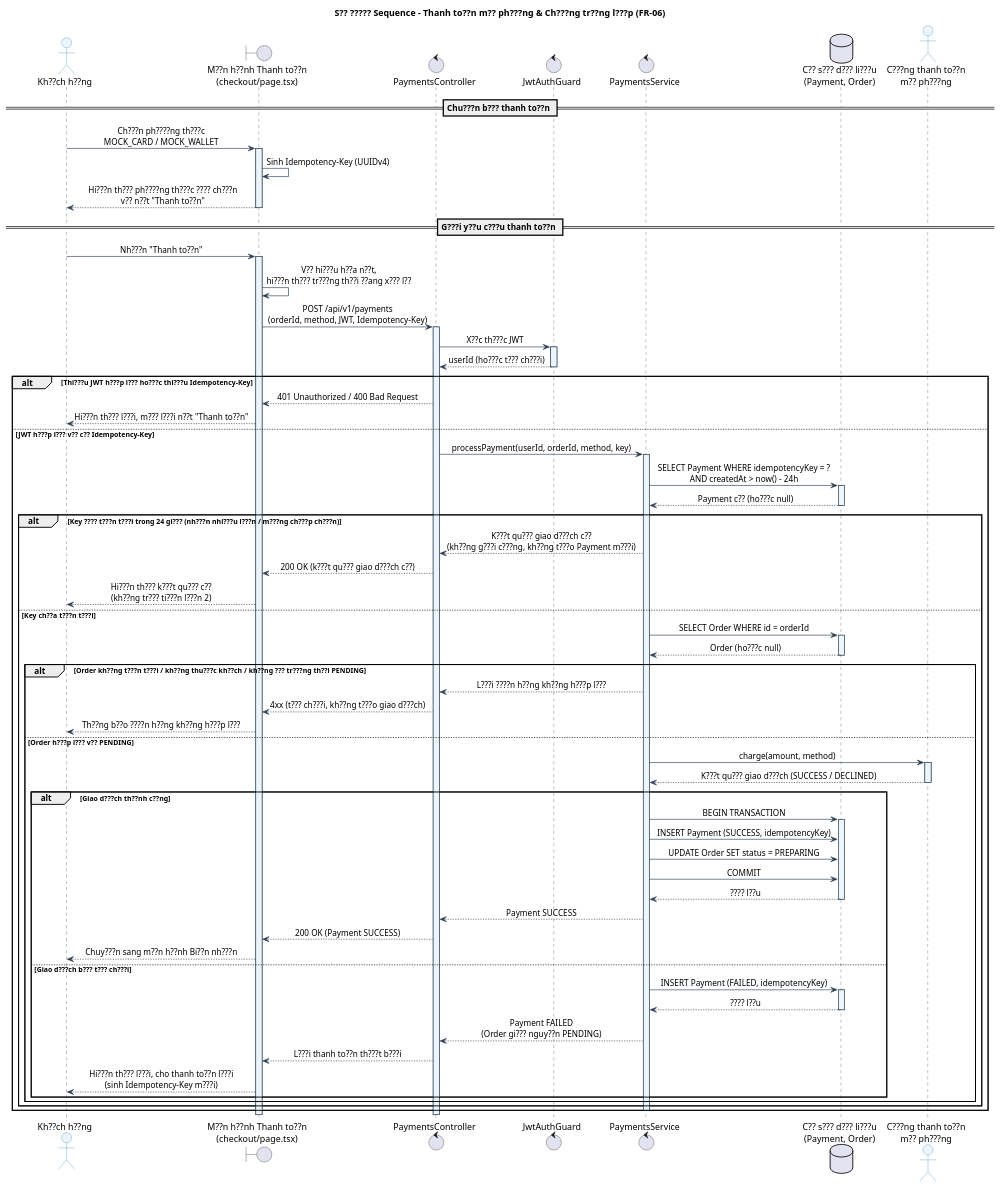
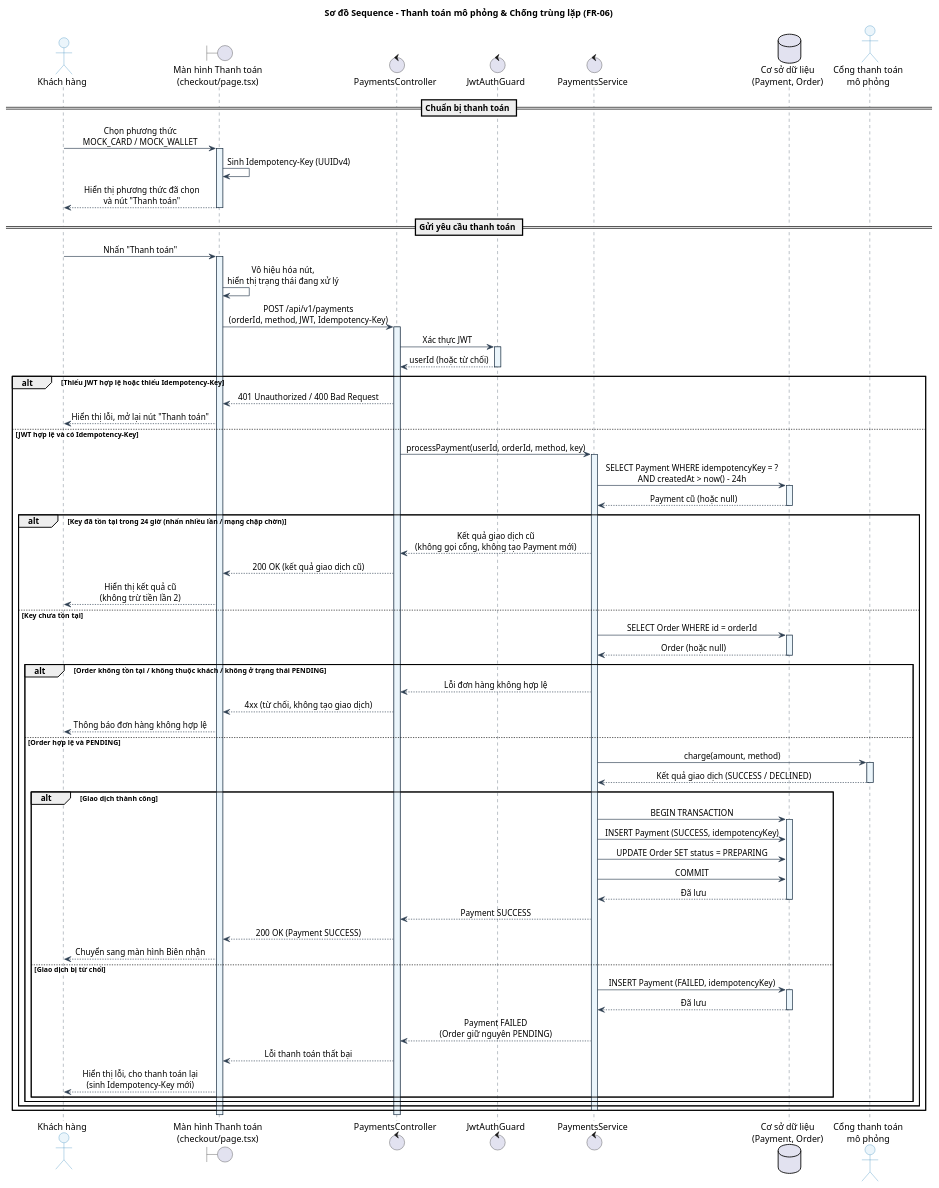
Before and after one commit to Phuc280106/BrewLite2: the diagram in docs/diagrams/payment/sequence-payment.puml, drawn with PlantUML. The commit also changed 5 other files, not shown here.

Commit message:
fix(diagrams): fix lỗi sơ đồ activity và sequence cho chức năng thanh toán

```diff
--- a/docs/diagrams/payment/sequence-payment.puml
+++ b/docs/diagrams/payment/sequence-payment.puml
@@ -1,107 +1,107 @@
 @startuml
-title S?? ????? Sequence - Thanh to??n m?? ph???ng & Ch???ng tr??ng l???p (FR-06)
+title Sơ đồ Sequence - Thanh toán mô phỏng & Chống trùng lặp (FR-06)
 
 skinparam backgroundColor white
 skinparam sequence {
     ArrowColor #2C3E50
     LifeLineBorderColor #2C3E50
     LifeLineBorderThickness 1.5
     LifeLineBackgroundColor #EBF5FB
     ParticipantBorderColor #2980B9
     ParticipantBackgroundColor #EBF5FB
     ParticipantFontColor #1B4F72
     ActorBorderColor #2980B9
     ActorBackgroundColor #EBF5FB
     BoxBorderColor #2C3E50
     BoxBackgroundColor #FFFFFF
     MessageAlign center
     ResponseMessageBelowArrow true
 }
 
-actor "Kh??ch h??ng" as User
-boundary "M??n h??nh Thanh to??n\n(checkout/page.tsx)" as CheckoutUI
+actor "Khách hàng" as User
+boundary "Màn hình Thanh toán\n(checkout/page.tsx)" as CheckoutUI
 control "PaymentsController" as Controller
 control "JwtAuthGuard" as Guard
 control "PaymentsService" as Service
-database "C?? s??? d??? li???u\n(Payment, Order)" as DB
-actor "C???ng thanh to??n\nm?? ph???ng" as Gateway
+database "Cơ sở dữ liệu\n(Payment, Order)" as DB
+actor "Cổng thanh toán\nmô phỏng" as Gateway
 
-== Chu???n b??? thanh to??n ==
-User -> CheckoutUI : Ch???n ph????ng th???c\nMOCK_CARD / MOCK_WALLET
+== Chuẩn bị thanh toán ==
+User -> CheckoutUI : Chọn phương thức\nMOCK_CARD / MOCK_WALLET
 activate CheckoutUI
 CheckoutUI -> CheckoutUI : Sinh Idempotency-Key (UUIDv4)
-CheckoutUI --> User : Hi???n th??? ph????ng th???c ???? ch???n\nv?? n??t "Thanh to??n"
+CheckoutUI --> User : Hiển thị phương thức đã chọn\nvà nút "Thanh toán"
 deactivate CheckoutUI
 
-== G???i y??u c???u thanh to??n ==
-User -> CheckoutUI : Nh???n "Thanh to??n"
+== Gửi yêu cầu thanh toán ==
+User -> CheckoutUI : Nhấn "Thanh toán"
 activate CheckoutUI
-CheckoutUI -> CheckoutUI : V?? hi???u h??a n??t,\nhi???n th??? tr???ng th??i ??ang x??? l??
+CheckoutUI -> CheckoutUI : Vô hiệu hóa nút,\nhiển thị trạng thái đang xử lý
 CheckoutUI -> Controller : POST /api/v1/payments\n(orderId, method, JWT, Idempotency-Key)
 activate Controller
 
-Controller -> Guard : X??c th???c JWT
+Controller -> Guard : Xác thực JWT
 activate Guard
-Guard --> Controller : userId (ho???c t??? ch???i)
+Guard --> Controller : userId (hoặc từ chối)
 deactivate Guard
 
-alt Thi???u JWT h???p l??? ho???c thi???u Idempotency-Key
+alt Thiếu JWT hợp lệ hoặc thiếu Idempotency-Key
     Controller --> CheckoutUI : 401 Unauthorized / 400 Bad Request
-    CheckoutUI --> User : Hi???n th??? l???i, m??? l???i n??t "Thanh to??n"
-else JWT h???p l??? v?? c?? Idempotency-Key
+    CheckoutUI --> User : Hiển thị lỗi, mở lại nút "Thanh toán"
+else JWT hợp lệ và có Idempotency-Key
     Controller -> Service : processPayment(userId, orderId, method, key)
     activate Service
 
     Service -> DB : SELECT Payment WHERE idempotencyKey = ?\nAND createdAt > now() - 24h
     activate DB
-    DB --> Service : Payment c?? (ho???c null)
+    DB --> Service : Payment cũ (hoặc null)
     deactivate DB
 
-    alt Key ???? t???n t???i trong 24 gi??? (nh???n nhi???u l???n / m???ng ch???p ch???n)
-        Service --> Controller : K???t qu??? giao d???ch c??\n(kh??ng g???i c???ng, kh??ng t???o Payment m???i)
-        Controller --> CheckoutUI : 200 OK (k???t qu??? giao d???ch c??)
-        CheckoutUI --> User : Hi???n th??? k???t qu??? c??\n(kh??ng tr??? ti???n l???n 2)
-    else Key ch??a t???n t???i
+    alt Key đã tồn tại trong 24 giờ (nhấn nhiều lần / mạng chập chờn)
+        Service --> Controller : Kết quả giao dịch cũ\n(không gọi cổng, không tạo Payment mới)
+        Controller --> CheckoutUI : 200 OK (kết quả giao dịch cũ)
+        CheckoutUI --> User : Hiển thị kết quả cũ\n(không trừ tiền lần 2)
+    else Key chưa tồn tại
         Service -> DB : SELECT Order WHERE id = orderId
         activate DB
-        DB --> Service : Order (ho???c null)
+        DB --> Service : Order (hoặc null)
         deactivate DB
 
-        alt Order kh??ng t???n t???i / kh??ng thu???c kh??ch / kh??ng ??? tr???ng th??i PENDING
-            Service --> Controller : L???i ????n h??ng kh??ng h???p l???
-            Controller --> CheckoutUI : 4xx (t??? ch???i, kh??ng t???o giao d???ch)
-            CheckoutUI --> User : Th??ng b??o ????n h??ng kh??ng h???p l???
-        else Order h???p l??? v?? PENDING
+        alt Order không tồn tại / không thuộc khách / không ở trạng thái PENDING
+            Service --> Controller : Lỗi đơn hàng không hợp lệ
+            Controller --> CheckoutUI : 4xx (từ chối, không tạo giao dịch)
+            CheckoutUI --> User : Thông báo đơn hàng không hợp lệ
+        else Order hợp lệ và PENDING
             Service -> Gateway : charge(amount, method)
             activate Gateway
-            Gateway --> Service : K???t qu??? giao d???ch (SUCCESS / DECLINED)
+            Gateway --> Service : Kết quả giao dịch (SUCCESS / DECLINED)
             deactivate Gateway
 
-            alt Giao d???ch th??nh c??ng
+            alt Giao dịch thành công
                 Service -> DB : BEGIN TRANSACTION
                 activate DB
                 Service -> DB : INSERT Payment (SUCCESS, idempotencyKey)
                 Service -> DB : UPDATE Order SET status = PREPARING
                 Service -> DB : COMMIT
-                DB --> Service : ???? l??u
+                DB --> Service : Đã lưu
                 deactivate DB
                 Service --> Controller : Payment SUCCESS
                 Controller --> CheckoutUI : 200 OK (Payment SUCCESS)
-                CheckoutUI --> User : Chuy???n sang m??n h??nh Bi??n nh???n
-            else Giao d???ch b??? t??? ch???i
+                CheckoutUI --> User : Chuyển sang màn hình Biên nhận
+            else Giao dịch bị từ chối
                 Service -> DB : INSERT Payment (FAILED, idempotencyKey)
                 activate DB
-                DB --> Service : ???? l??u
+                DB --> Service : Đã lưu
                 deactivate DB
-                Service --> Controller : Payment FAILED\n(Order gi??? nguy??n PENDING)
-                Controller --> CheckoutUI : L???i thanh to??n th???t b???i
-                CheckoutUI --> User : Hi???n th??? l???i, cho thanh to??n l???i\n(sinh Idempotency-Key m???i)
+                Service --> Controller : Payment FAILED\n(Order giữ nguyên PENDING)
+                Controller --> CheckoutUI : Lỗi thanh toán thất bại
+                CheckoutUI --> User : Hiển thị lỗi, cho thanh toán lại\n(sinh Idempotency-Key mới)
             end
         end
     end
     deactivate Service
 end
 deactivate Controller
 deactivate CheckoutUI
 
 @enduml
```
